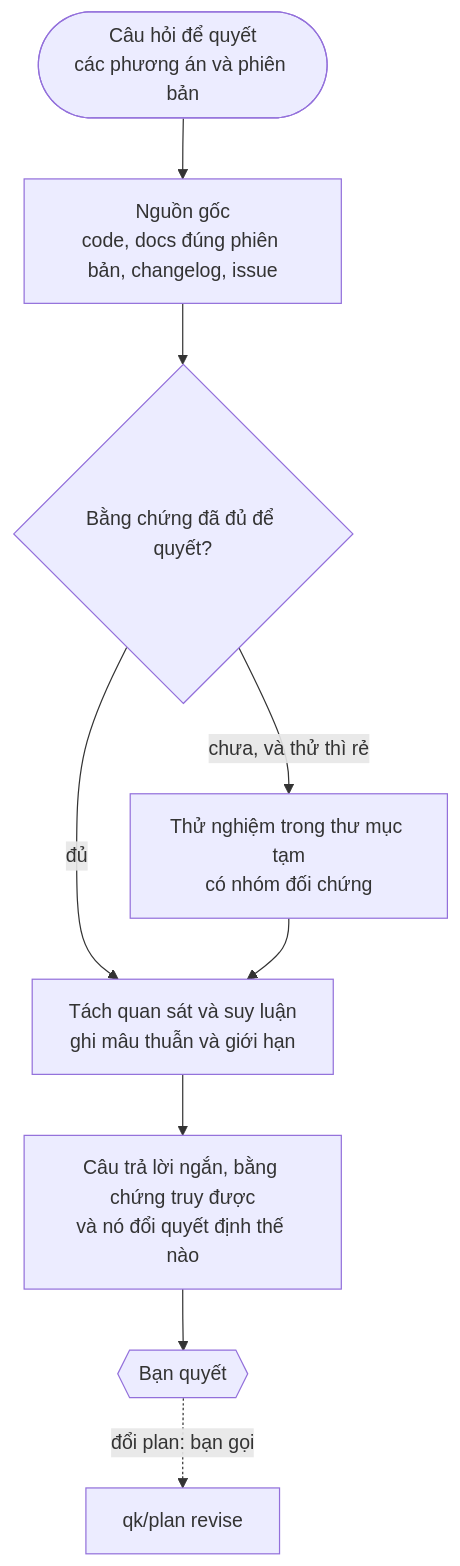
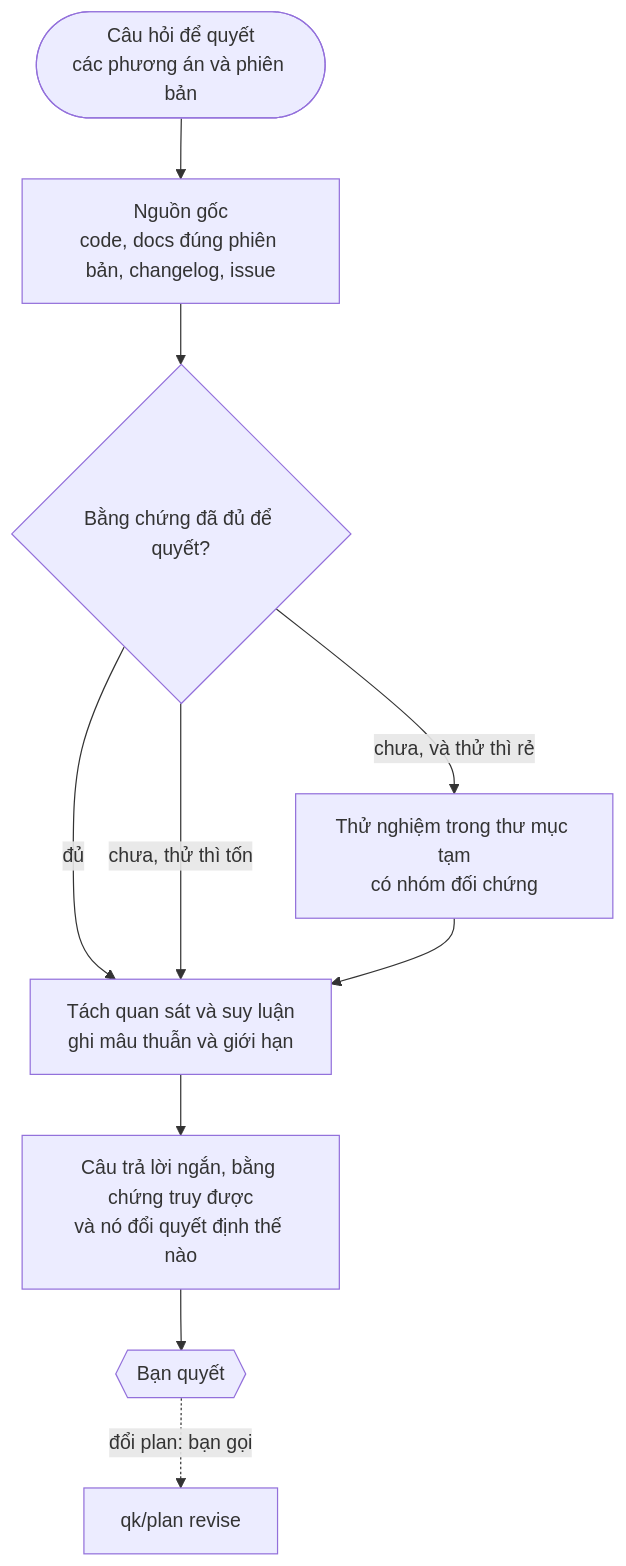
Before and after one commit to dakiquang/qk: the diagram in docs/vi/skills/qk-research.md, drawn with Mermaid. The commit also changed 1 other file, not shown here.

Commit message:
docs: give research an answer when a test is too costly

````diff
--- a/docs/vi/skills/qk-research.md
+++ b/docs/vi/skills/qk-research.md
@@ -11,11 +11,12 @@
 ```mermaid
 flowchart TB
     q(["Câu hỏi để quyết<br/>các phương án và phiên bản"]) --> src["Nguồn gốc<br/>code, docs đúng phiên bản, changelog, issue"]
     src --> settled{"Bằng chứng đã đủ để quyết?"}
     settled -- "chưa, và thử thì rẻ" --> exp["Thử nghiệm trong thư mục tạm<br/>có nhóm đối chứng"]
     settled -- "đủ" --> label
+    settled -- "chưa, thử thì tốn" --> label
     exp --> label["Tách quan sát và suy luận<br/>ghi mâu thuẫn và giới hạn"]
     label --> ans["Câu trả lời ngắn, bằng chứng truy được<br/>và nó đổi quyết định thế nào"]
     ans --> you{{"Bạn quyết"}}
     you -. "đổi plan: bạn gọi" .-> plan["qk/plan revise"]
 ```
````
